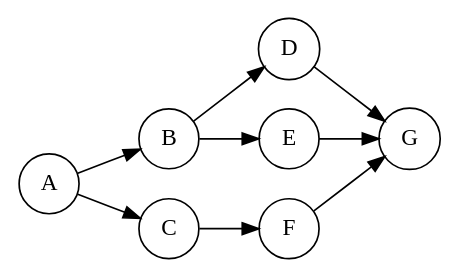
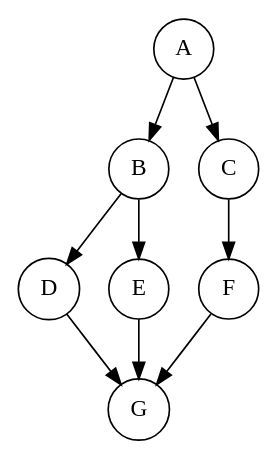
The diagram in graph.dot (ghorpademanasi2007/IAI_SLE2), drawn with Graphviz before and after one commit.

Commit message:
Rebuild BFS DFS graph

```diff
--- a/graph.dot
+++ b/graph.dot
@@ -1,17 +1,18 @@
 digraph BFS_DFS {
-    rankdir=LR;
+    rankdir=TB;
     node [shape=circle];
 
     A -> B;
     A -> C;
     B -> D;
     B -> E;
     C -> F;
     D -> G;
     E -> G;
     F -> G;
 }
 
+// Start: A
 // Best target: A
 // Average target: E
 // Worst target: Z (not present)
```
